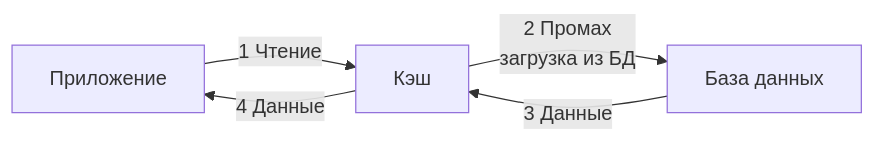
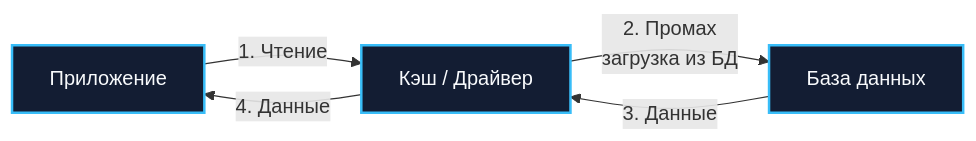
Before and after one commit to UnrealTemplier/go-textbook: the third of 6 diagrams in sources/11. Архитектура и System Design/28. Кэширование. Cache Aside, Write Through, Write Back.md, drawn with Mermaid. The commit also changed other lines of this file, not shown here.

````diff
--- a/sources/11. Архитектура и System Design/28. Кэширование. Cache Aside, Write Through, Write Back.md
+++ b/sources/11. Архитектура и System Design/28. Кэширование. Cache Aside, Write Through, Write Back.md
@@ -88,7 +197,10 @@
 ```mermaid
 flowchart LR
-    App["Приложение"] -->|"1 Чтение"| Cache["Кэш"]
-    Cache -->|"2 Промах<br>загрузка из БД"| DB["База данных"]
-    DB -->|"3 Данные"| Cache
-    Cache -->|"4 Данные"| App
+    App["Приложение"] -->|"1. Чтение"| Cache["Кэш / Драйвер"]
+    Cache -->|"2. Промах<br>загрузка из БД"| DB["База данных"]
+    DB -->|"3. Данные"| Cache
+    Cache -->|"4. Данные"| App
+
+    classDef node fill:#131d33,stroke:#38bdf8,stroke-width:2px,color:#f8fafc;
+    class App,Cache,DB node;
 ```
````
